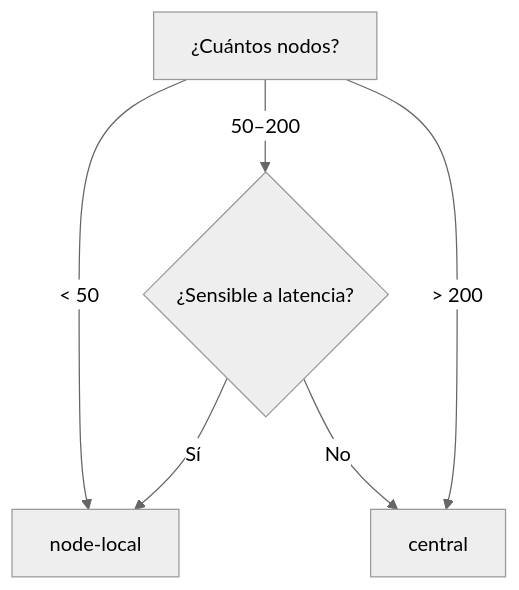
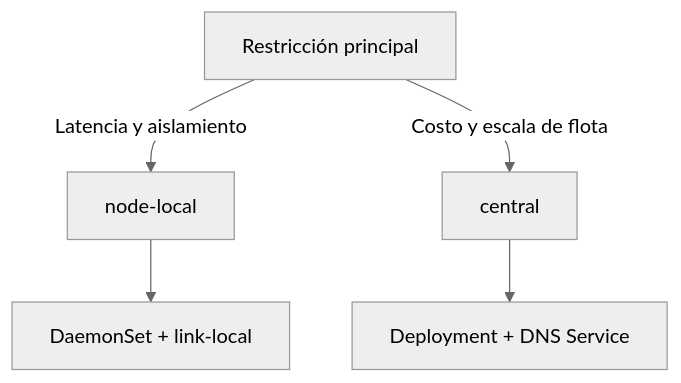
One commit to astradns/astradns-site changed the diagram in docs/es/guides/topology-profiles.md. Above: the diagram before and after it, drawn with Mermaid (neutral theme). The commit also changed other lines of this file and 11 other files, not shown here.

````diff
--- a/docs/es/guides/topology-profiles.md
+++ b/docs/es/guides/topology-profiles.md
@@ -7,8 +19,7 @@
 ```mermaid
 flowchart TD
-    A[¿Cuántos nodos?] -->|< 50| B[node-local]
-    A -->|50–200| C{¿Sensible a latencia?}
-    A -->|> 200| D[central]
-    C -->|Sí| B
-    C -->|No| D
+    A[Restricción principal] -->|Latencia y aislamiento| B[node-local]
+    A -->|Costo y escala de flota| C[central]
+    B --> D[DaemonSet + link-local]
+    C --> E[Deployment + DNS Service]
 ```
````
